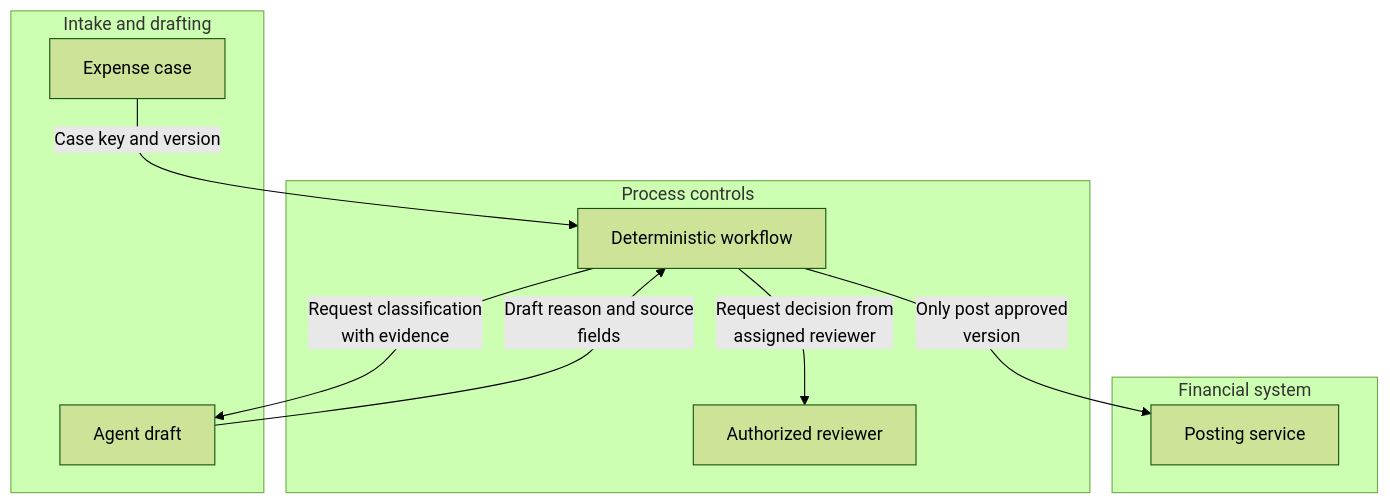
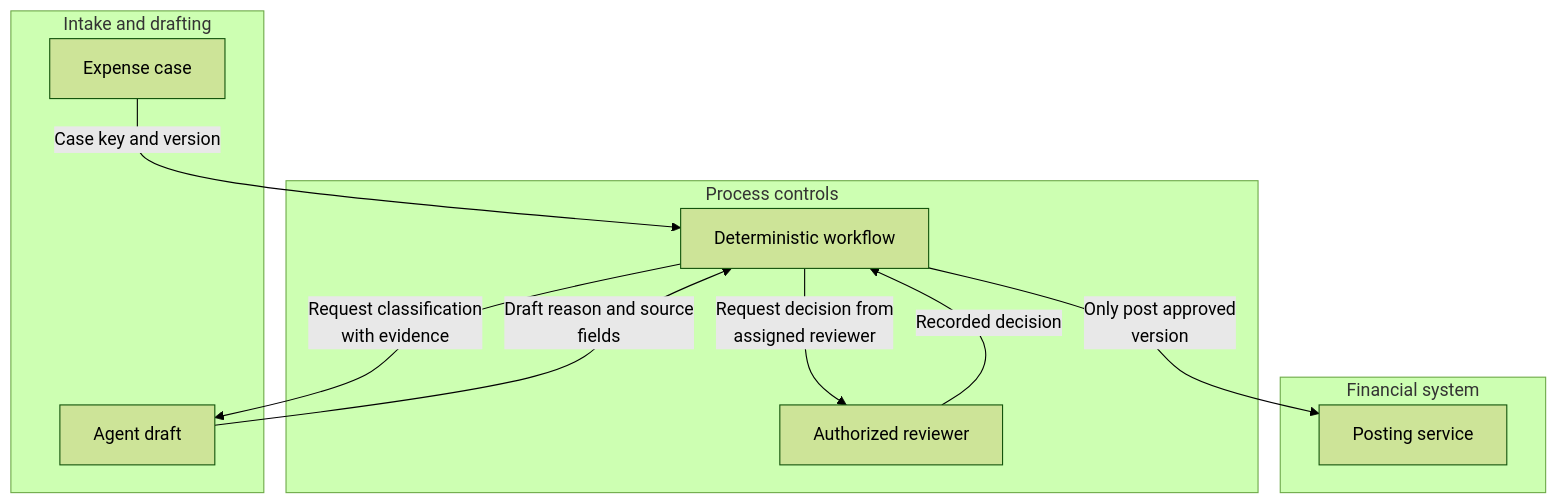
The first of 2 diagrams in technical-patterns/approval-workflow.md (abhishek-ai-enabler/copilotstudio-architecture-patterns), drawn with Mermaid (forest theme) before and after one commit. The commit also changed 41 other files, not shown here.

First line of the commit message:
Review diagrams: add return paths and fix flow accuracy

````diff
--- a/technical-patterns/approval-workflow.md
+++ b/technical-patterns/approval-workflow.md
@@ -7,21 +7,22 @@
 ```mermaid
 flowchart TB
     accTitle: Let a workflow own approvals and an agent own the draft - architecture
     accDescr: Only a recorded decision for the exact version and amount may release posting. The AI step prepares evidence; it does not select its own approver or authorize the transaction.
     subgraph group0["Intake and drafting"]
         D["Expense case"]
         A["Agent draft"]
     end
     subgraph group2["Process controls"]
         W["Deterministic workflow"]
         H["Authorized reviewer"]
     end
     subgraph group4["Financial system"]
         S["Posting service"]
     end
     D -->|"Case key and version"| W
     W -->|"Request classification<br/>with evidence"| A
     A -->|"Draft reason and source<br/>fields"| W
     W -->|"Request decision from<br/>assigned reviewer"| H
     W -->|"Only post approved<br/>version"| S
+    H -->|"Recorded decision"| W
 ```
````
